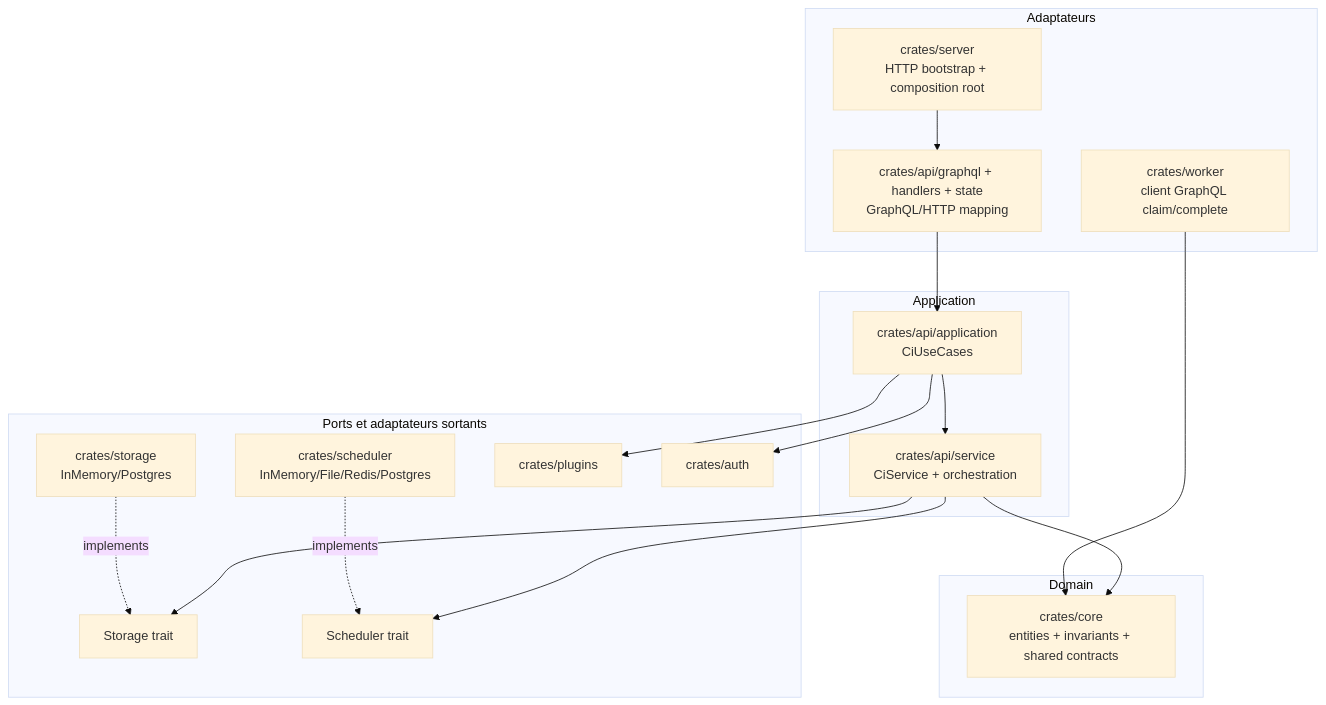
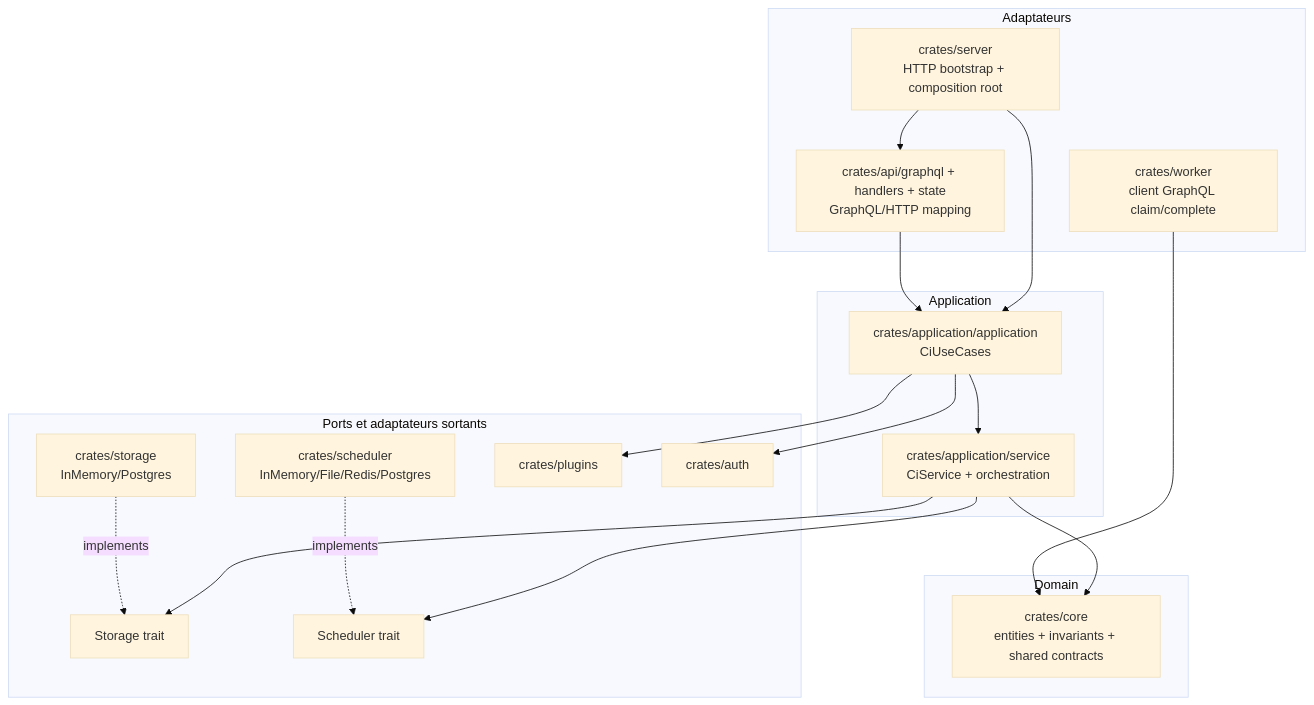
The fourth of 4 diagrams in ARCHI.md (benoit-laffitte/tardigrade-ci), drawn with Mermaid (base theme) before and after one commit. The commit also changed other lines of this file and 36 other files, not shown here.

First line of the commit message:
feat(application): introduce application crate for CI use cases and services

````diff
--- a/ARCHI.md
+++ b/ARCHI.md
@@ -119,38 +120,39 @@
 ```mermaid
 flowchart TD
   subgraph Adapters[Adaptateurs]
     SERVER[crates/server\nHTTP bootstrap + composition root]
     GQL[crates/api/graphql + handlers + state\nGraphQL/HTTP mapping]
     WORKER[crates/worker\nclient GraphQL claim/complete]
   end
 
   subgraph App[Application]
-    USECASE[crates/api/application\nCiUseCases]
-    SERVICE[crates/api/service\nCiService + orchestration]
+    USECASE[crates/application/application\nCiUseCases]
+    SERVICE[crates/application/service\nCiService + orchestration]
   end
 
   subgraph Domain[Domain]
     CORE[crates/core\nentities + invariants + shared contracts]
   end
 
   subgraph PortsAdapters[Ports et adaptateurs sortants]
     STORAGE_PORT[Storage trait]
     SCHED_PORT[Scheduler trait]
     STORAGE_ADP[crates/storage\nInMemory/Postgres]
     SCHED_ADP[crates/scheduler\nInMemory/File/Redis/Postgres]
     PLUG[crates/plugins]
     AUTH[crates/auth]
   end
 
   SERVER --> GQL
+  SERVER --> USECASE
   GQL --> USECASE
   USECASE --> SERVICE
   SERVICE --> CORE
   SERVICE --> STORAGE_PORT
   SERVICE --> SCHED_PORT
   STORAGE_ADP -.implements.-> STORAGE_PORT
   SCHED_ADP -.implements.-> SCHED_PORT
   USECASE --> PLUG
   USECASE --> AUTH
   WORKER --> CORE
 ```
````
